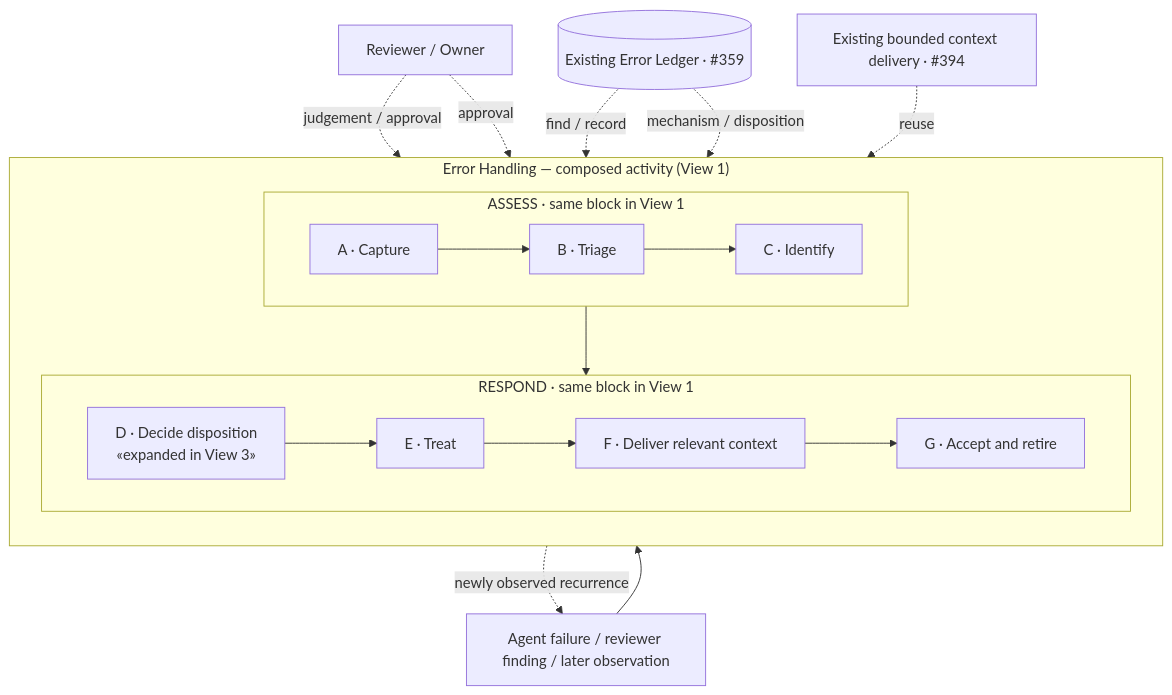
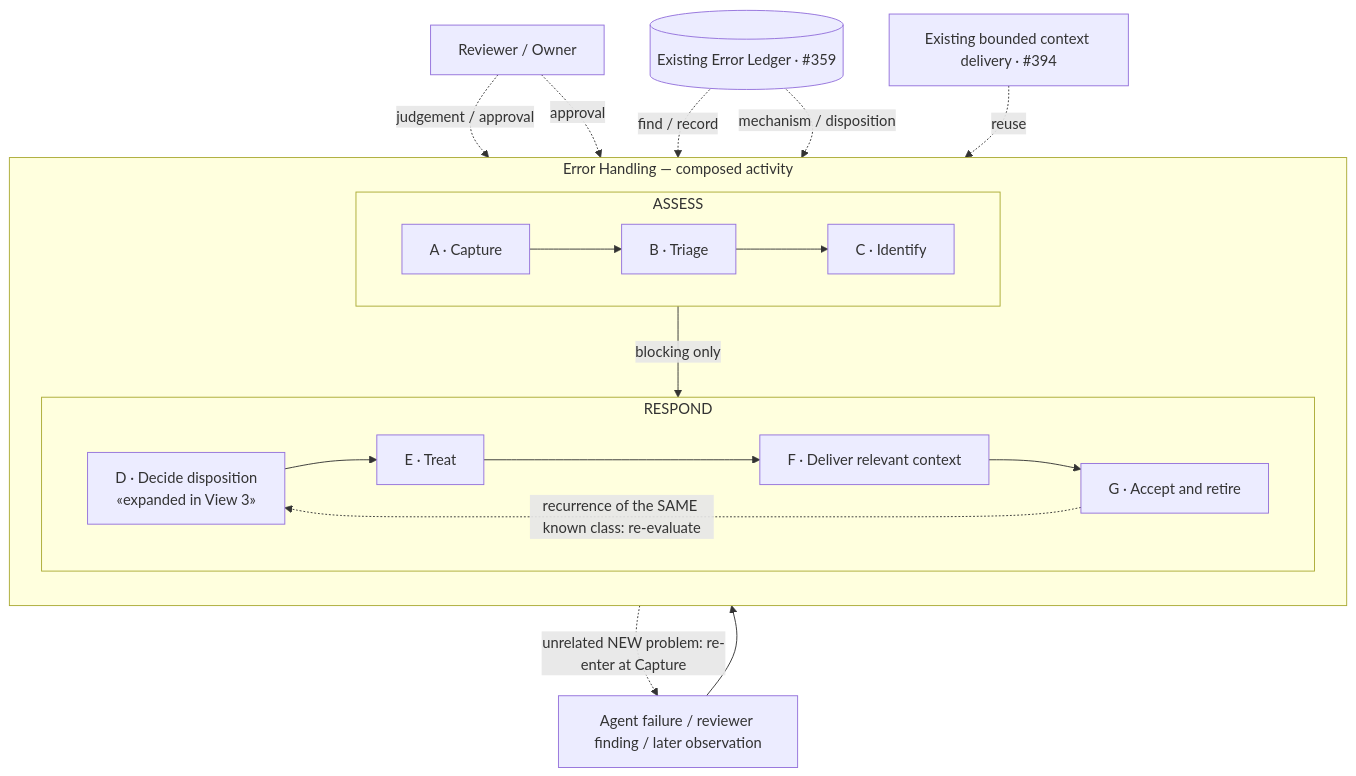
One commit to dyphn1/Harness-everything changed the second of 3 diagrams in docs/discussions/error-handling/evaluation/diagram-only.md. Above: the diagram before and after it, drawn with Mermaid. The commit also changed other lines of this file and 4 other files, not shown here.

````diff
--- a/docs/discussions/error-handling/evaluation/diagram-only.md
+++ b/docs/discussions/error-handling/evaluation/diagram-only.md
@@ -76,22 +76,23 @@
 ```mermaid
 flowchart TB
     INPUT["Agent failure / reviewer finding / later observation"] --> A
-    subgraph EH["Error Handling — composed activity (View 1)"]
+    subgraph EH["Error Handling — composed activity"]
         direction TB
-        subgraph ASSESS["ASSESS · same block in View 1"]
+        subgraph ASSESS["ASSESS"]
             direction LR
             A["A · Capture"] --> B["B · Triage"] --> C["C · Identify"]
         end
-        subgraph RESPOND["RESPOND · same block in View 1"]
+        subgraph RESPOND["RESPOND"]
             direction LR
             D["D · Decide disposition<br/>«expanded in View 3»"] --> E["E · Treat"] --> F["F · Deliver relevant context"] --> G["G · Accept and retire"]
         end
-        C --> D
+        C -->|"blocking only"| D
     end
     REVIEW["Reviewer / Owner"] -. "judgement / approval" .-> B
     REVIEW -. "approval" .-> D
     LEDGER[("Existing Error Ledger · #359")] -. "find / record" .-> C
     LEDGER -. "mechanism / disposition" .-> E
     HOOK["Existing bounded context delivery · #394"] -. "reuse" .-> F
-    G -. "newly observed recurrence" .-> INPUT
+    G -. "unrelated NEW problem: re-enter at Capture" .-> INPUT
+    G -. "recurrence of the SAME known class: re-evaluate" .-> D
 ```
````
